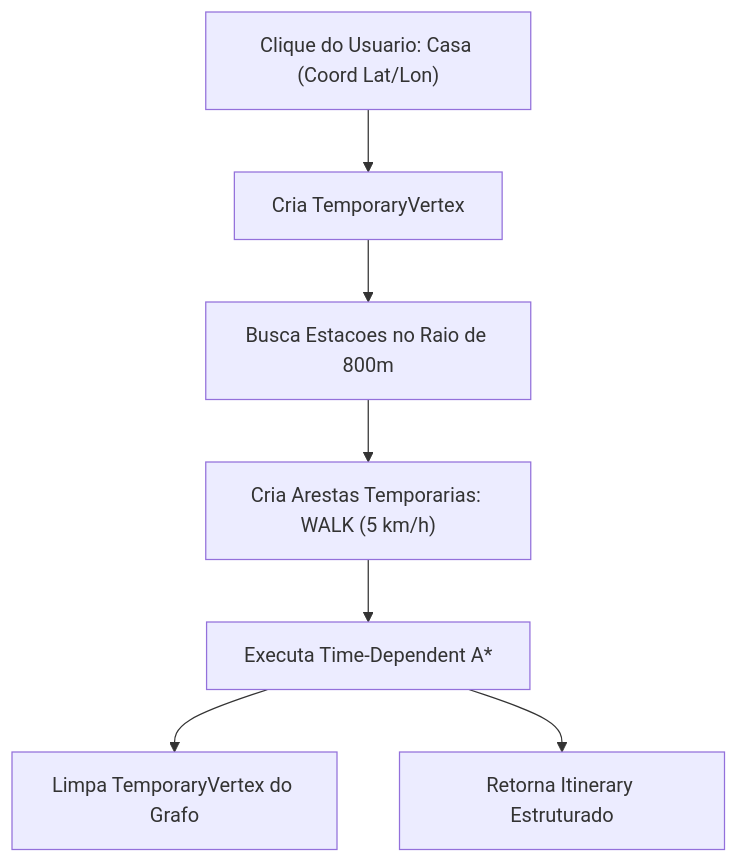
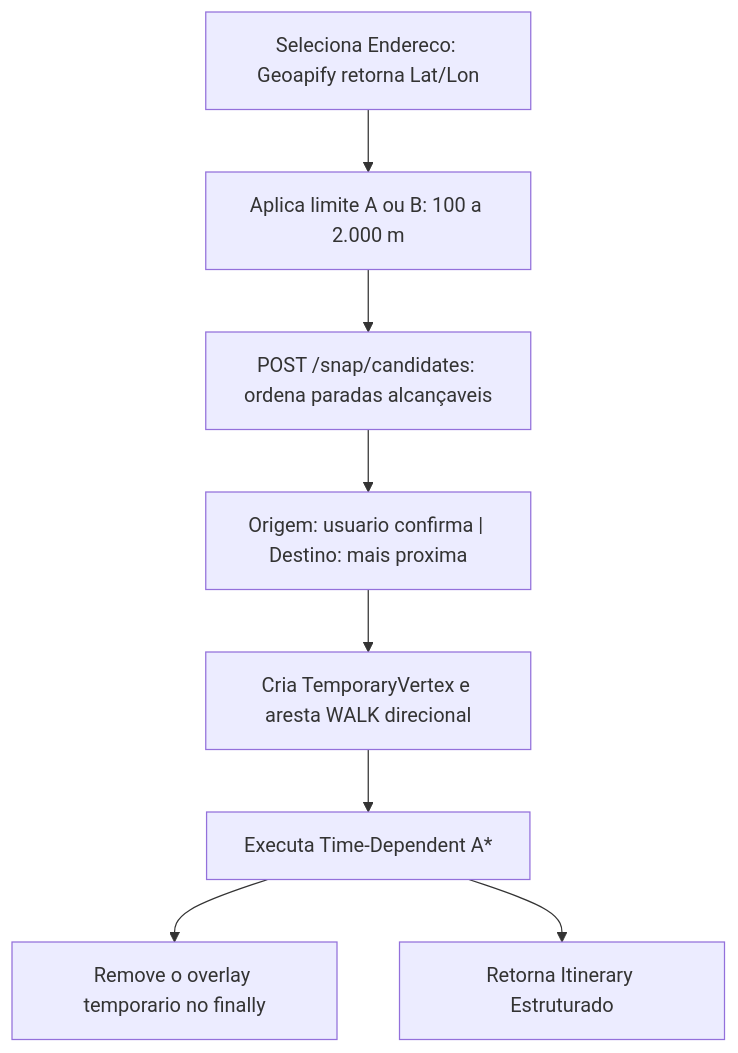
One commit to Luizfmaia10-dev/TP-Grafos changed the fifth of 6 diagrams in docs/GUIA_TECNICO_DIDATICO.md. Above: the diagram before and after it, drawn with Mermaid. The commit also changed other lines of this file and 163 other files, not shown here.

````diff
--- a/docs/GUIA_TECNICO_DIDATICO.md
+++ b/docs/GUIA_TECNICO_DIDATICO.md
@@ -261,9 +262,10 @@
 ```mermaid
 flowchart TD
-    Click["Clique do Usuario: Casa (Coord Lat/Lon)"] --> TempV["Cria TemporaryVertex"]
-    TempV --> SearchNear["Busca Estacoes no Raio de 800m"]
-    SearchNear --> AddEdges["Cria Arestas Temporarias: WALK (5 km/h)"]
-    AddEdges --> RunAStar["Executa Time-Dependent A*"]
-    RunAStar --> Cleanup["Limpa TemporaryVertex do Grafo"]
+    Address["Seleciona Endereco: Geoapify retorna Lat/Lon"] --> Limit["Aplica limite A ou B: 100 a 2.000 m"]
+    Limit --> SearchNear["POST /snap/candidates: ordena paradas alcançaveis"]
+    SearchNear --> Choice["Origem: usuario confirma | Destino: mais proxima"]
+    Choice --> TempV["Cria TemporaryVertex e aresta WALK direcional"]
+    TempV --> RunAStar["Executa Time-Dependent A*"]
+    RunAStar --> Cleanup["Remove o overlay temporario no finally"]
     RunAStar --> ReturnItinerary["Retorna Itinerary Estruturado"]
 ```
````
